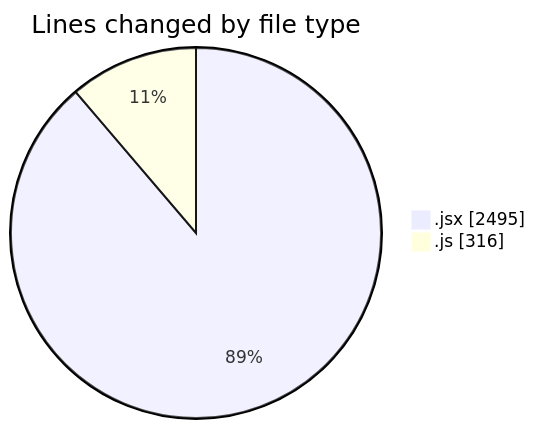
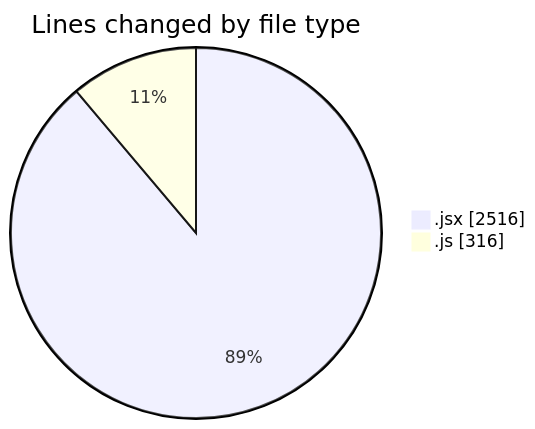
One commit to nxtqubesakshisongat/code-tracking changed the first of 2 diagrams in 2025-07-13/argos/README.md. Above: the diagram before and after it, drawn with Mermaid. The commit also changed other lines of this file and 1 other file, not shown here.

````diff
--- a/2025-07-13/argos/README.md
+++ b/2025-07-13/argos/README.md
@@ -21,6 +21,6 @@
 ```mermaid
 pie showData
 title Lines changed by file type
-".jsx" : 2495
+".jsx" : 2516
 ".js" : 316
 ```
````
